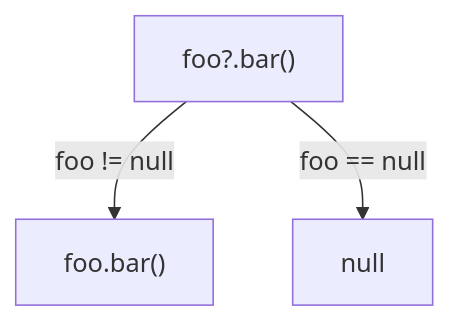
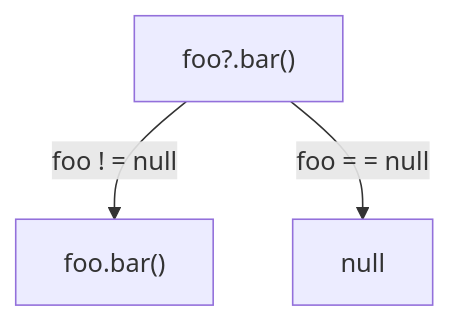
One commit to daverbk/kotlin changed the first of 3 diagrams in .github/README.md. Above: the diagram before and after it, drawn with Mermaid. The commit also changed other lines of this file, not shown here.

````diff
--- a/.github/README.md
+++ b/.github/README.md
@@ -234,5 +550,5 @@
 ```mermaid
 flowchart TD
-    expression["foo?.bar()"] -->|foo != null| value["foo.bar()"]
-    expression -->|foo == null| null[null]
+    expression["foo?.bar()"] -->|foo ! = null| value["foo.bar()"]
+    expression -->|foo = = null| null[null]
 ```
````
